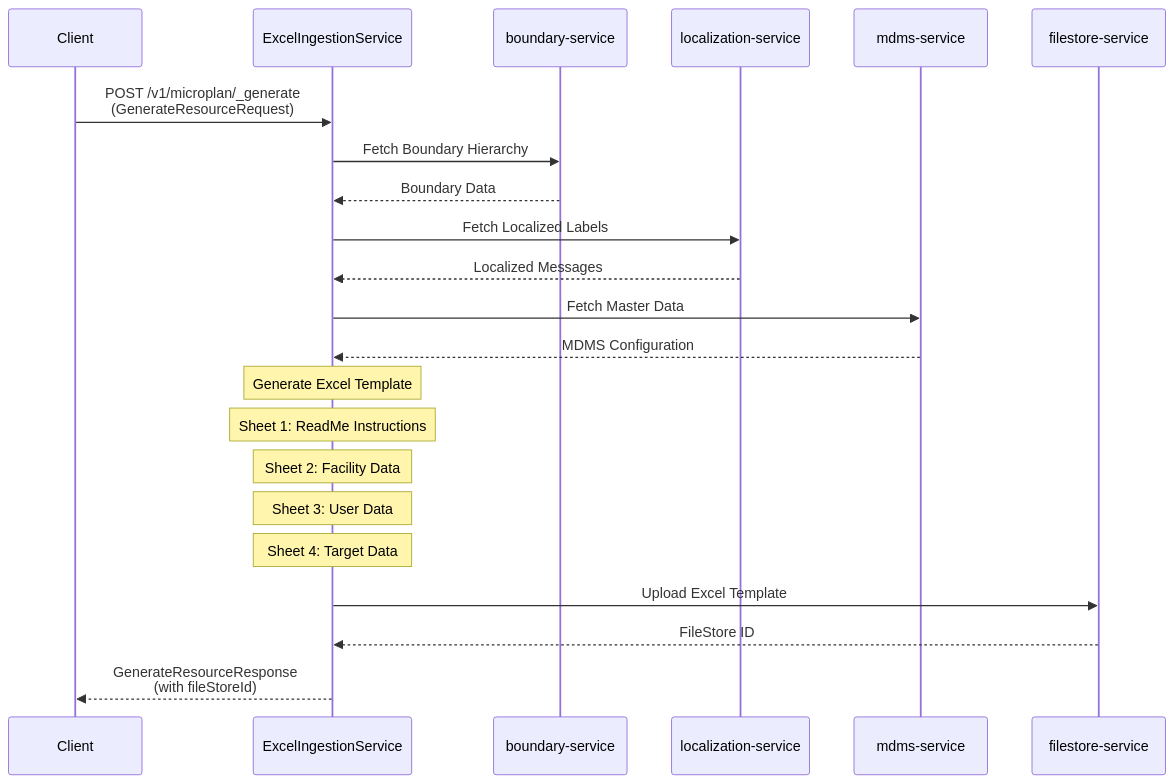
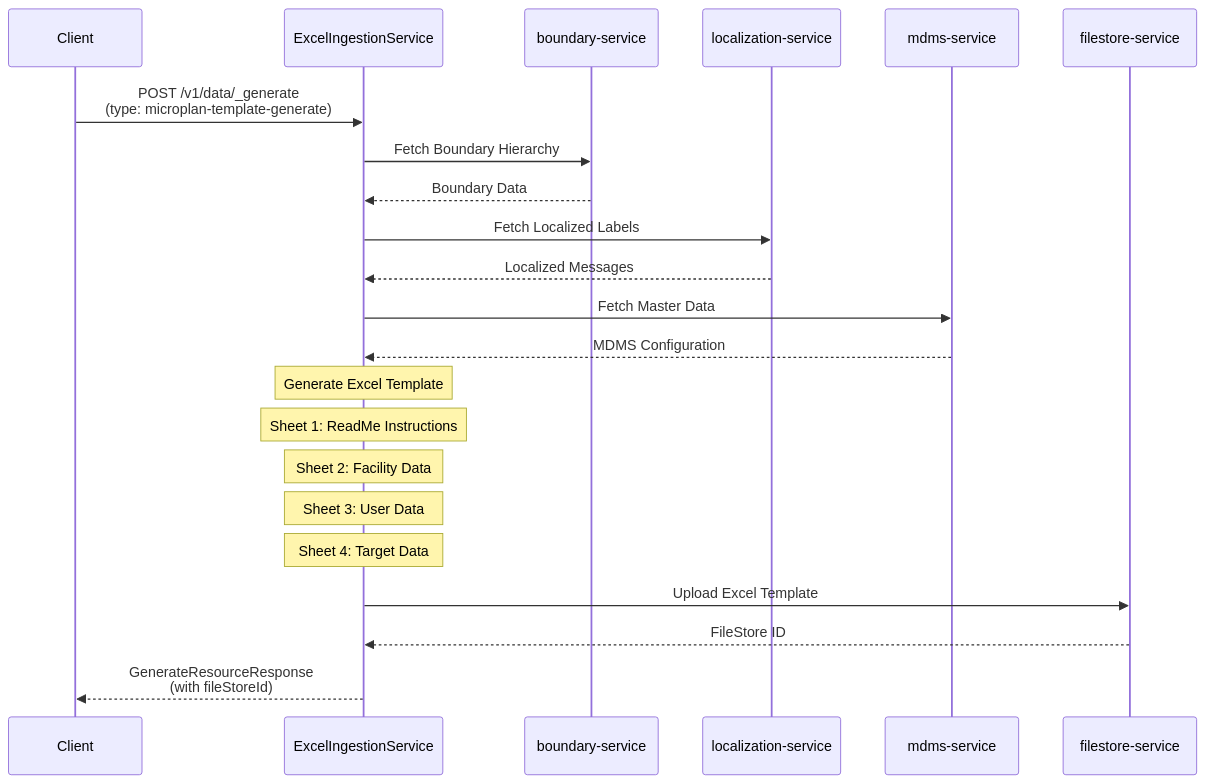
Before and after one commit to ashish-egov/campaign-whole-sheet-ingestion: the first of 3 diagrams in DESIGN.md, drawn with Mermaid. The commit also changed other lines of this file, not shown here.

````diff
--- a/DESIGN.md
+++ b/DESIGN.md
@@ -5,31 +7,31 @@
 ```mermaid
 sequenceDiagram
     participant Client
     participant ExcelIngestionService
     participant boundary-service
     participant localization-service
     participant mdms-service
     participant filestore-service
     
-    Client->>ExcelIngestionService: POST /v1/microplan/_generate<br/>(GenerateResourceRequest)
+    Client->>ExcelIngestionService: POST /v1/data/_generate<br/>(type: microplan-template-generate)
     
     ExcelIngestionService->>boundary-service: Fetch Boundary Hierarchy
     boundary-service-->>ExcelIngestionService: Boundary Data
     
     ExcelIngestionService->>localization-service: Fetch Localized Labels
     localization-service-->>ExcelIngestionService: Localized Messages
     
     ExcelIngestionService->>mdms-service: Fetch Master Data
     mdms-service-->>ExcelIngestionService: MDMS Configuration
     
     Note over ExcelIngestionService: Generate Excel Template
     Note over ExcelIngestionService: Sheet 1: ReadMe Instructions
     Note over ExcelIngestionService: Sheet 2: Facility Data
     Note over ExcelIngestionService: Sheet 3: User Data  
     Note over ExcelIngestionService: Sheet 4: Target Data
     
     ExcelIngestionService->>filestore-service: Upload Excel Template
     filestore-service-->>ExcelIngestionService: FileStore ID
     
     ExcelIngestionService-->>Client: GenerateResourceResponse<br/>(with fileStoreId)
 ```
````
